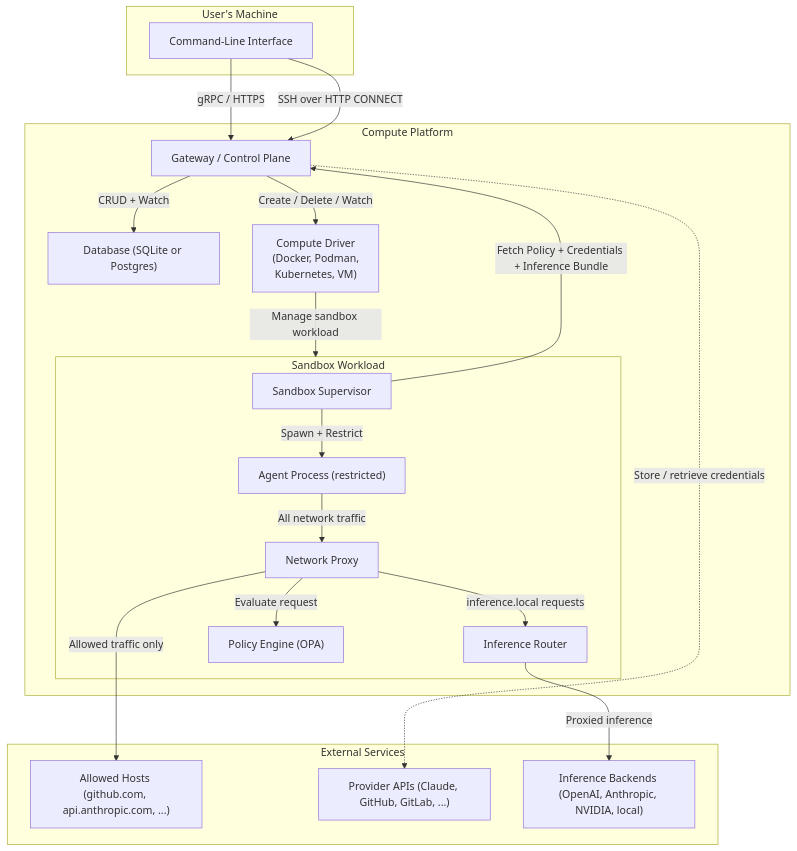
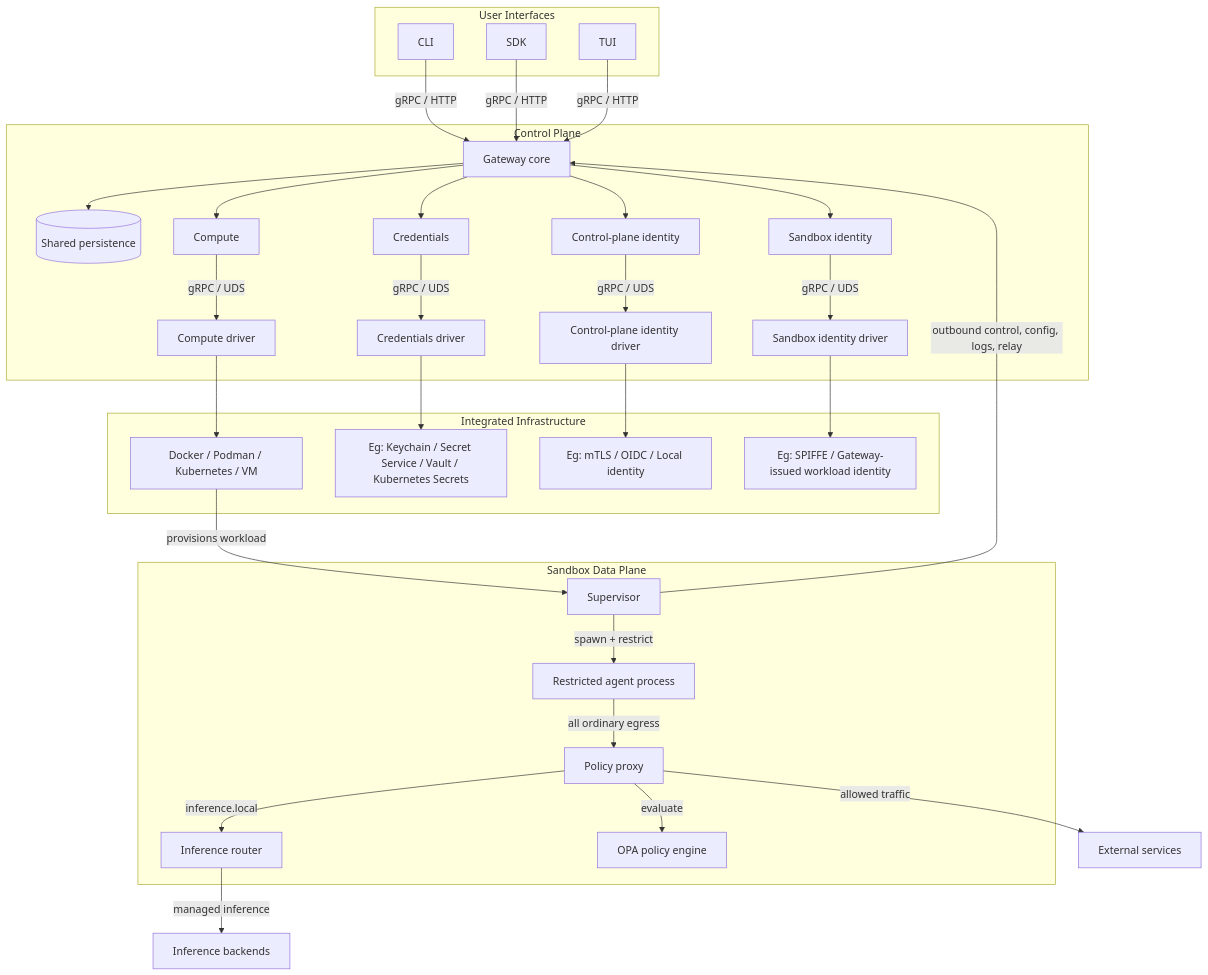
The diagram in architecture/README.md (st-gr/OpenShell), drawn with Mermaid before and after one commit. The commit also changed other lines of this file and 38 other files, not shown here.

Commit message:
docs(architecture): reset subsystem docs (#1184)

````diff
--- a/architecture/README.md
+++ b/architecture/README.md
@@ -15,40 +22,65 @@
 ```mermaid
 flowchart TB
-    subgraph USER["User's Machine"]
-        CLI["Command-Line Interface"]
+    subgraph USER["User Interfaces"]
+        CLI["CLI"]
+        SDK["SDK"]
+        TUI["TUI"]
     end
 
-    subgraph PLATFORM["Compute Platform"]
-        SERVER["Gateway / Control Plane"]
-        DB["Database (SQLite or Postgres)"]
-        DRIVER["Compute Driver<br/>(Docker, Podman,<br/>Kubernetes, VM)"]
-
-        subgraph SBX["Sandbox Workload"]
-            SUPERVISOR["Sandbox Supervisor"]
-            PROXY["Network Proxy"]
-            ROUTER["Inference Router"]
-            CHILD["Agent Process (restricted)"]
-            OPA["Policy Engine (OPA)"]
-        end
+    subgraph CP["Control Plane"]
+        GW["Gateway core"]
+        DB[("Shared persistence")]
+        COMPUTE["Compute"]
+        CREDS["Credentials"]
+        CPIDENT["Control-plane identity"]
+        SIDENT["Sandbox identity"]
+        CDRV["Compute driver"]
+        CRDRV["Credentials driver"]
+        CPIDRV["Control-plane identity driver"]
+        SIDRV["Sandbox identity driver"]
     end
 
-    subgraph EXT["External Services"]
-        HOSTS["Allowed Hosts (github.com, api.anthropic.com, ...)"]
-        CREDS["Provider APIs (Claude, GitHub, GitLab, ...)"]
-        BACKEND["Inference Backends (OpenAI, Anthropic, NVIDIA, local)"]
+    subgraph INFRA["Integrated Infrastructure"]
+        RUNTIME["Docker / Podman / Kubernetes / VM"]
+        SECRETSTORE["Eg: Keychain / Secret Service / Vault / Kubernetes Secrets"]
+        IDP["Eg: mTLS / OIDC / Local identity"]
+        WORKLOADID["Eg: SPIFFE / Gateway-issued workload identity"]
     end
 
-    CLI -- "gRPC / HTTPS" --> SERVER
-    CLI -- "SSH over HTTP CONNECT" --> SERVER
-    SERVER -- "CRUD + Watch" --> DB
-    SERVER -- "Create / Delete / Watch" --> DRIVER
-    DRIVER -- "Manage sandbox workload" --> SBX
-    SUPERVISOR -- "Fetch Policy + Credentials + Inference Bundle" --> SERVER
-    SUPERVISOR -- "Spawn + Restrict" --> CHILD
-    CHILD -- "All network traffic" --> PROXY
-    PROXY -- "Evaluate request" --> OPA
-    PROXY -- "Allowed traffic only" --> HOSTS
-    PROXY -- "inference.local requests" --> ROUTER
-    ROUTER -- "Proxied inference" --> BACKEND
-    SERVER -. "Store / retrieve credentials" .-> CREDS
+    subgraph DP["Sandbox Data Plane"]
+        SUP["Supervisor"]
+        PROXY["Policy proxy"]
+        ROUTER["Inference router"]
+        POLICY["OPA policy engine"]
+        AGENT["Restricted agent process"]
+    end
+
+    CLI -->|"gRPC / HTTP"| GW
+    SDK -->|"gRPC / HTTP"| GW
+    TUI -->|"gRPC / HTTP"| GW
+
+    GW --> DB
+    GW --> COMPUTE
+    GW --> CREDS
+    GW --> CPIDENT
+    GW --> SIDENT
+
+    COMPUTE -->|"gRPC / UDS"| CDRV
+    CREDS -->|"gRPC / UDS"| CRDRV
+    CPIDENT -->|"gRPC / UDS"| CPIDRV
+    SIDENT -->|"gRPC / UDS"| SIDRV
+
+    CDRV --> RUNTIME
+    CRDRV --> SECRETSTORE
+    CPIDRV --> IDP
+    SIDRV --> WORKLOADID
+    RUNTIME -->|"provisions workload"| SUP
+
+    SUP -->|"outbound control, config, logs, relay"| GW
+    SUP -->|"spawn + restrict"| AGENT
+    AGENT -->|"all ordinary egress"| PROXY
+    PROXY -->|"evaluate"| POLICY
+    PROXY -->|"allowed traffic"| EXT["External services"]
+    PROXY -->|"inference.local"| ROUTER
+    ROUTER -->|"managed inference"| MODEL["Inference backends"]
 ```
````
